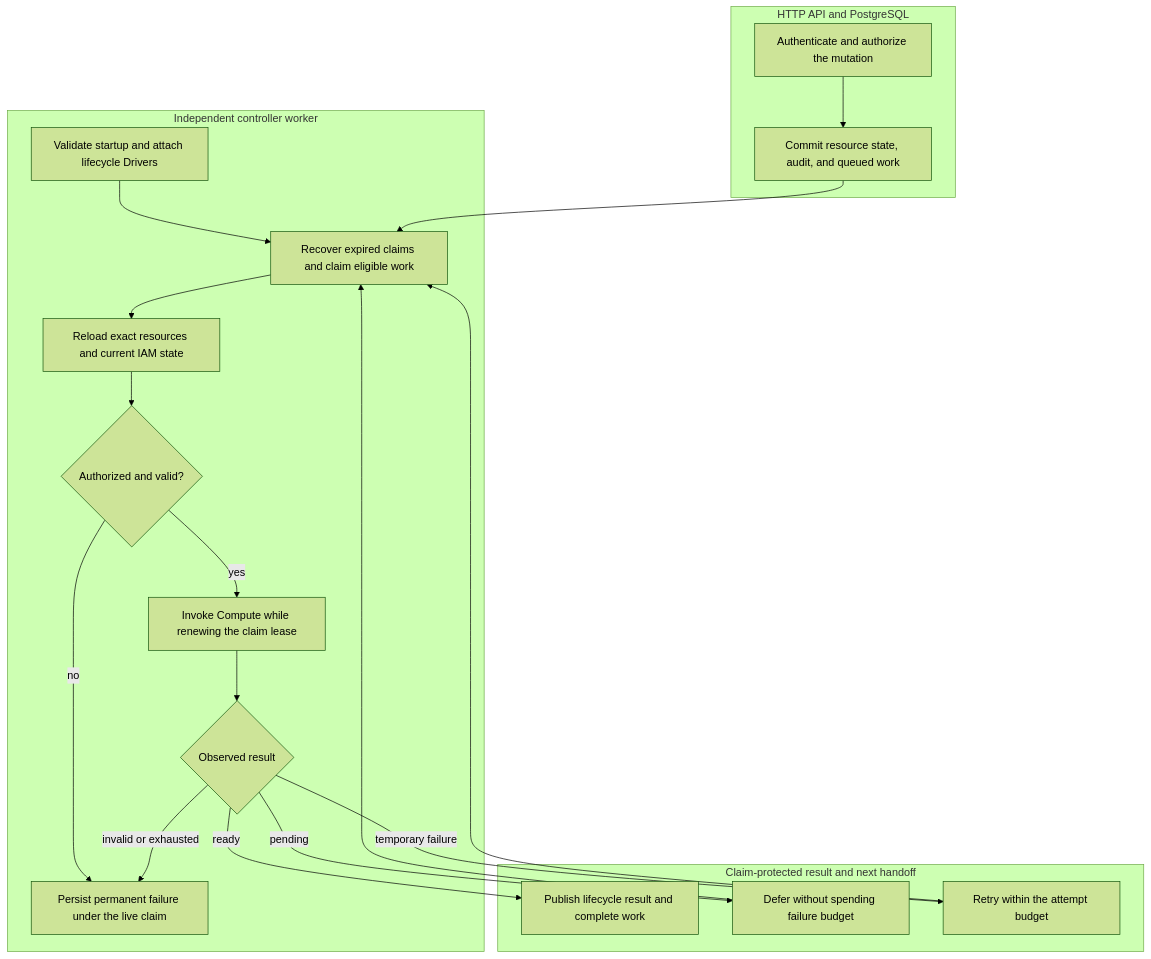
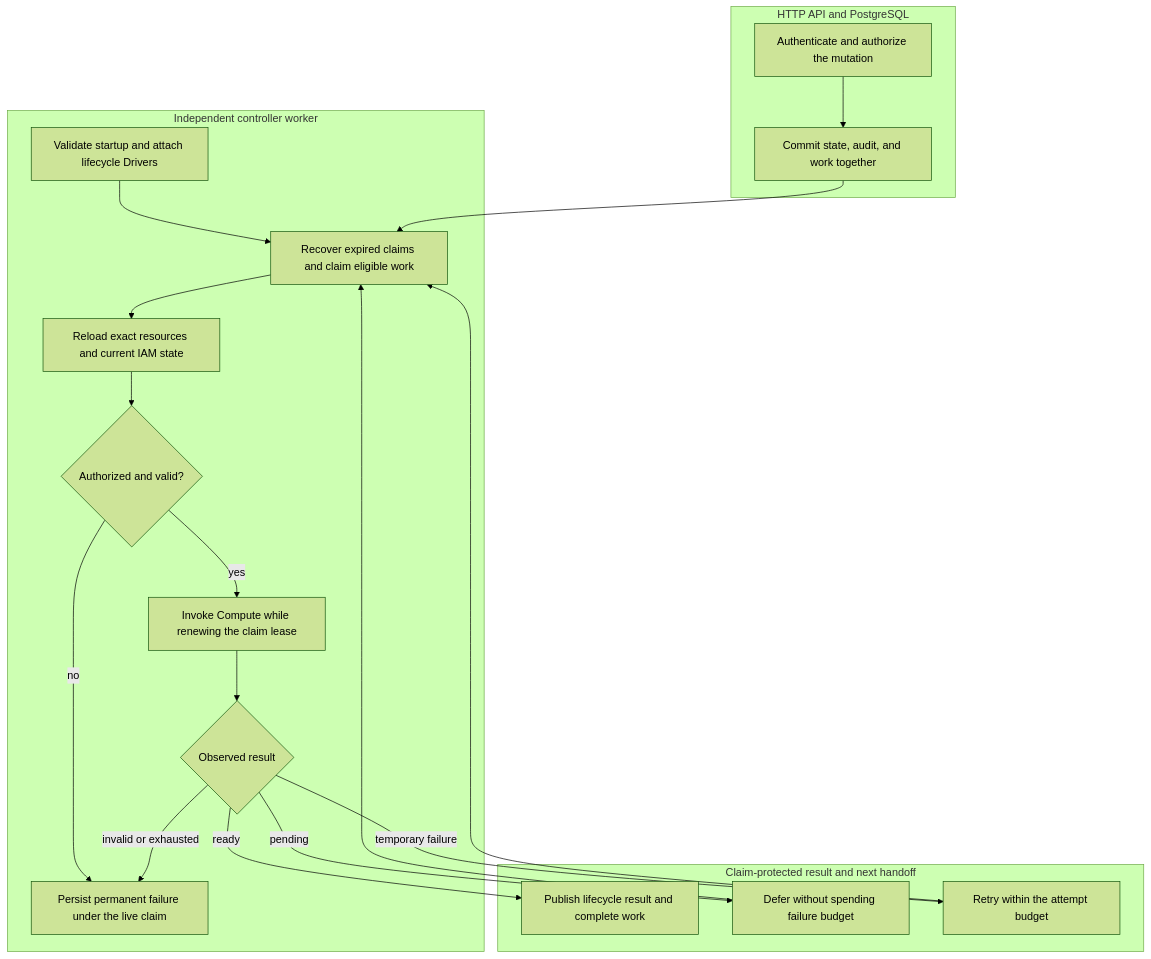
Before and after one commit to IsaiahStapleton/openclaw-enterprise: the diagram in docs/flows/controller-worker.md, drawn with Mermaid (forest theme). The commit also changed other lines of this file and 4 other files, not shown here.

````diff
--- a/docs/flows/controller-worker.md
+++ b/docs/flows/controller-worker.md
@@ -31,23 +31,23 @@
 ```mermaid
 graph TD
     subgraph Admission["HTTP API and PostgreSQL"]
-        A["Authenticate and authorize the mutation"] --> B["Commit resource state, audit, and queued work"]
+        A["Authenticate and authorize the mutation"] --> B["Commit state, audit, and work together"]
     end
     subgraph Worker["Independent controller worker"]
         C["Validate startup and attach lifecycle Drivers"] --> D["Recover expired claims and claim eligible work"]
         B --> D
         D --> E["Reload exact resources and current IAM state"]
         E --> F{"Authorized and valid?"}
         F -->|yes| G["Invoke Compute while renewing the claim lease"]
         F -->|no| H["Persist permanent failure under the live claim"]
         G --> I{"Observed result"}
     end
     subgraph Outcome["Claim-protected result and next handoff"]
         I -->|ready| J["Publish lifecycle result and complete work"]
         I -->|pending| K["Defer without spending failure budget"]
         I -->|temporary failure| L["Retry within the attempt budget"]
         I -->|invalid or exhausted| H
         K --> D
         L --> D
     end
 ```
````
